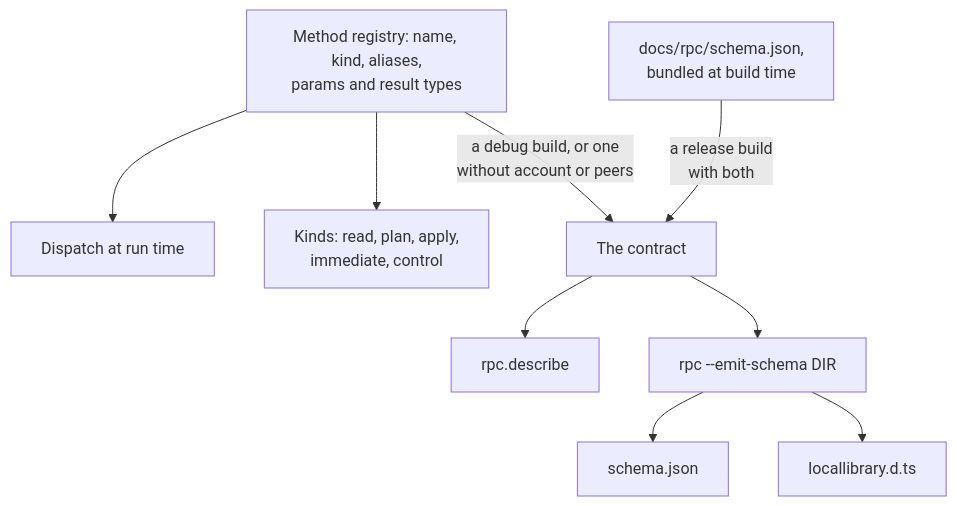
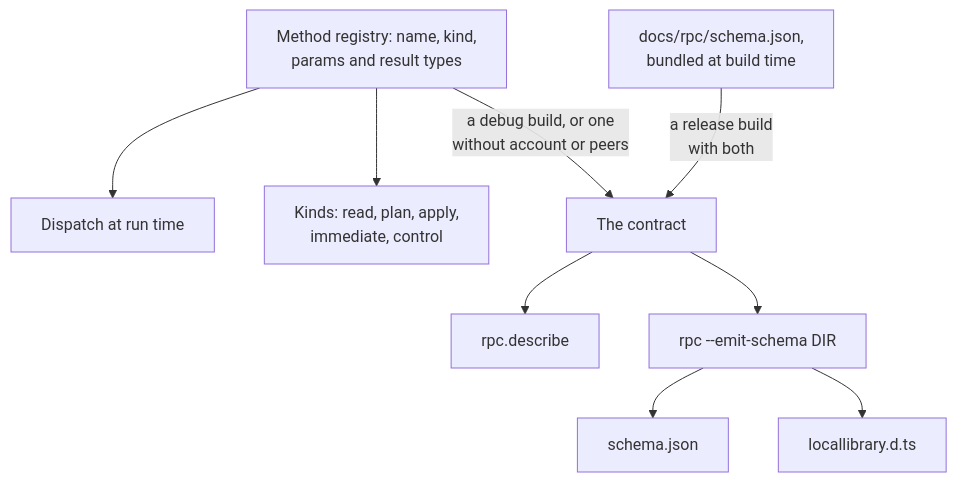
One commit to cutenode/localnetwork changed the tenth of 10 diagrams in apps/locallibrary/docs/diagrams/sidecar.md. Above: the diagram before and after it, drawn with Mermaid. The commit also changed 88 other files, not shown here.

First line of the commit message:
refactor(locallibrary): drop the pre-release command, role and RPC method aliases

````diff
--- a/apps/locallibrary/docs/diagrams/sidecar.md
+++ b/apps/locallibrary/docs/diagrams/sidecar.md
@@ -213,11 +213,11 @@
 ```mermaid
 flowchart TD
-    registry["Method registry: name, kind, aliases,<br/>params and result types"] --> dispatch["Dispatch at run time"]
+    registry["Method registry: name, kind,<br/>params and result types"] --> dispatch["Dispatch at run time"]
     registry --> kinds["Kinds: read, plan, apply,<br/>immediate, control"]
     registry -->|"a debug build, or one<br/>without account or peers"| contract["The contract"]
     docs["docs/rpc/schema.json,<br/>bundled at build time"] -->|"a release build<br/>with both"| contract
     contract --> describe["rpc.describe"]
     contract --> emit["rpc --emit-schema DIR"]
     emit --> schema["schema.json"]
     emit --> dts["locallibrary.d.ts"]
 ```
````
